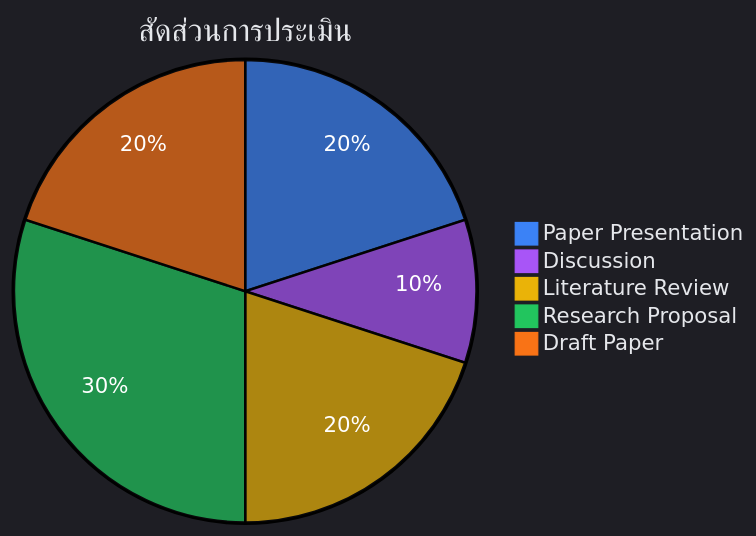
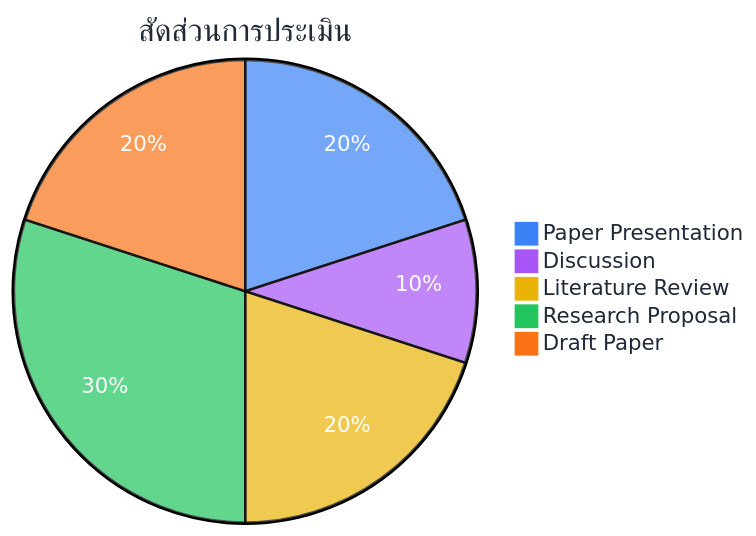
One commit to nutthakorn7/kmutnb-fte-portfolio changed the diagram in teaching-plans/020527113_seminar.md. Above: the diagram before and after it, drawn with Mermaid. The commit also changed 5 other files, not shown here.

Commit message:
Fix Mermaid theme: use base theme with dark text (GitHub SVG has white bg)

````diff
--- a/teaching-plans/020527113_seminar.md
+++ b/teaching-plans/020527113_seminar.md
@@ -61,9 +61,9 @@
 ```mermaid
-%%{init: {'theme': 'dark', 'themeVariables': {'pie1': '#3b82f6', 'pie2': '#a855f7', 'pie3': '#eab308', 'pie4': '#22c55e', 'pie5': '#f97316', 'pieTitleTextColor': '#e5e7eb', 'pieSectionTextColor': '#fff', 'pieLegendTextColor': '#e5e7eb'}}}%%
+%%{init: {'theme': 'base', 'themeVariables': {'pie1': '#3b82f6', 'pie2': '#a855f7', 'pie3': '#eab308', 'pie4': '#22c55e', 'pie5': '#f97316', 'pieTitleTextColor': '#1f2937', 'pieSectionTextColor': '#fff', 'pieLegendTextColor': '#1f2937'}}}%%
 pie title สัดส่วนการประเมิน
     "Paper Presentation" : 20
     "Discussion" : 10
     "Literature Review" : 20
     "Research Proposal" : 30
     "Draft Paper" : 20
 ```
````
